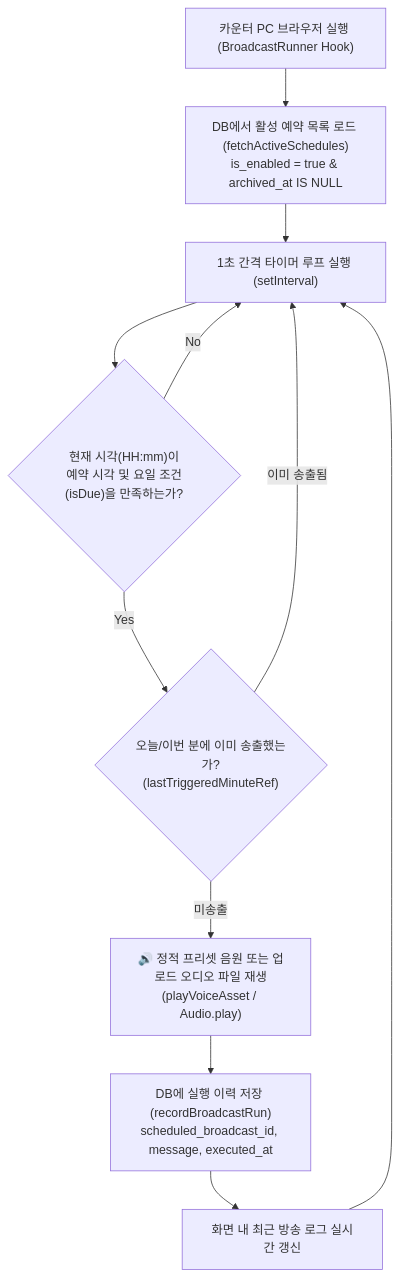
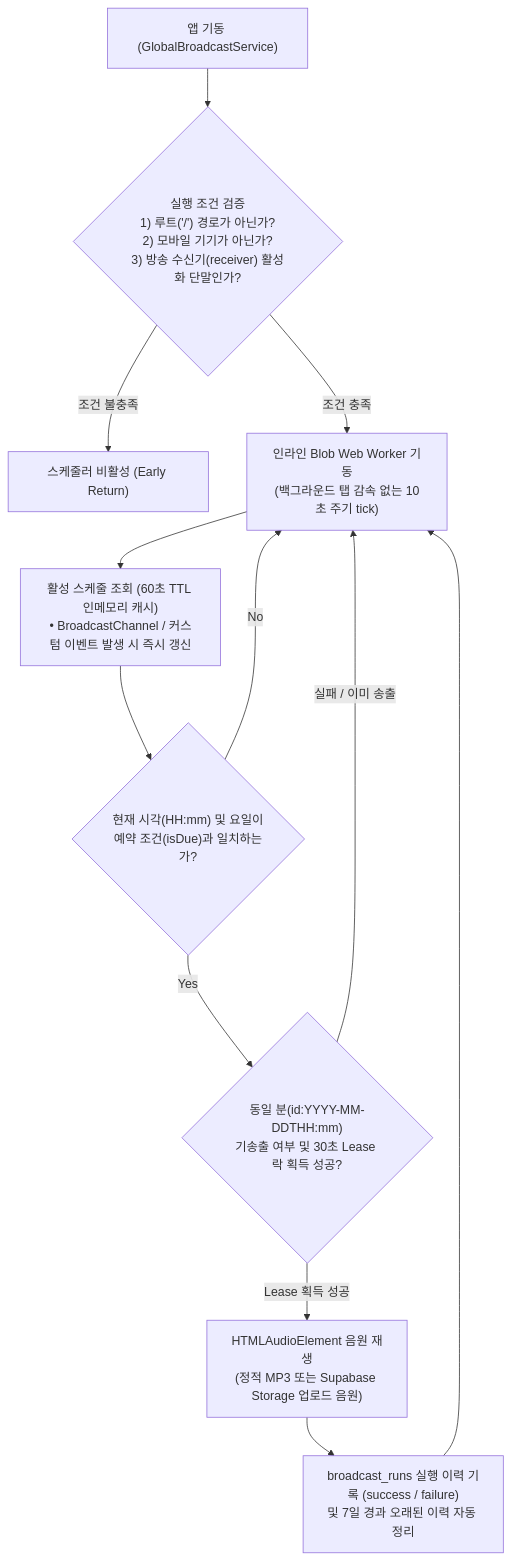
Before and after one commit to SHINJAEHEE-DEV/CartoonPlus: the third of 4 diagrams in docs/FLOWS_AND_SCENARIOS.md, drawn with Mermaid. The commit also changed other lines of this file and 2 other files, not shown here.

````diff
--- a/docs/FLOWS_AND_SCENARIOS.md
+++ b/docs/FLOWS_AND_SCENARIOS.md
@@ -88,17 +84,14 @@
 ```mermaid
 flowchart TD
-    Init["카운터 PC 브라우저 실행 (BroadcastRunner Hook)"] --> Fetch["DB에서 활성 예약 목록 로드 (fetchActiveSchedules)<br/>is_enabled = true & archived_at IS NULL"]
-    Fetch --> Loop["1초 간격 타이머 루프 실행 (setInterval)"]
-
-    Loop --> Check{"현재 시각(HH:mm)이<br/>예약 시각 및 요일 조건(isDue)을 만족하는가?"}
-
-    Check -- "No" --> Loop
-    Check -- "Yes" --> Duplicate{"오늘/이번 분에 이미 송출했는가?<br/>(lastTriggeredMinuteRef)"}
-
-    Duplicate -- "이미 송출됨" --> Loop
-    Duplicate -- "미송출" --> Play["🔊 정적 프리셋 음원 또는 업로드 오디오 파일 재생<br/>(playVoiceAsset / Audio.play)"]
-
-    Play --> Record["DB에 실행 이력 저장 (recordBroadcastRun)<br/>scheduled_broadcast_id, message, executed_at"]
-    Record --> UI["화면 내 최근 방송 로그 실시간 갱신"]
-    UI --> Loop
+    Init["앱 기동 (GlobalBroadcastService)"] --> Guard{"실행 조건 검증<br/>1) 루트('/') 경로가 아닌가?<br/>2) 모바일 기기가 아닌가?<br/>3) 방송 수신기(receiver) 활성화 단말인가?"}
+    Guard -->|"조건 불충족"| Stop["스케줄러 비활성 (Early Return)"]
+    Guard -->|"조건 충족"| Worker["인라인 Blob Web Worker 기동<br/>(백그라운드 탭 감속 없는 10초 주기 tick)"]
+    Worker --> Cache["활성 스케줄 조회 (60초 TTL 인메모리 캐시)<br/>• BroadcastChannel / 커스텀 이벤트 발생 시 즉시 갱신"]
+    Cache --> Check{"현재 시각(HH:mm) 및 요일이<br/>예약 조건(isDue)과 일치하는가?"}
+    Check -->|"No"| Worker
+    Check -->|"Yes"| Dedup{"동일 분(id:YYYY-MM-DDTHH:mm)<br/>기송출 여부 및 30초 Lease 락 획득 성공?"}
+    Dedup -->|"실패 / 이미 송출"| Worker
+    Dedup -->|"Lease 획득 성공"| Play["HTMLAudioElement 음원 재생<br/>(정적 MP3 또는 Supabase Storage 업로드 음원)"]
+    Play --> Log["broadcast_runs 실행 이력 기록 (success / failure)<br/>및 7일 경과 오래된 이력 자동 정리"]
+    Log --> Worker
 ```
````
